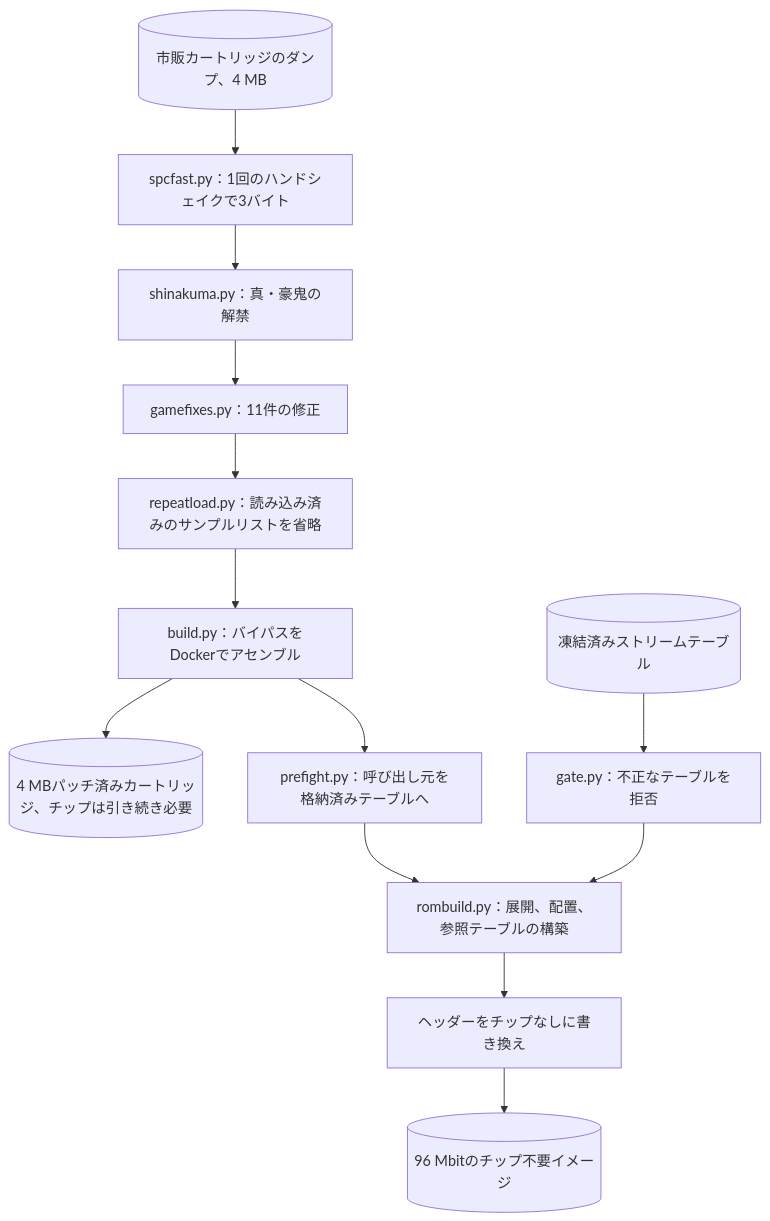
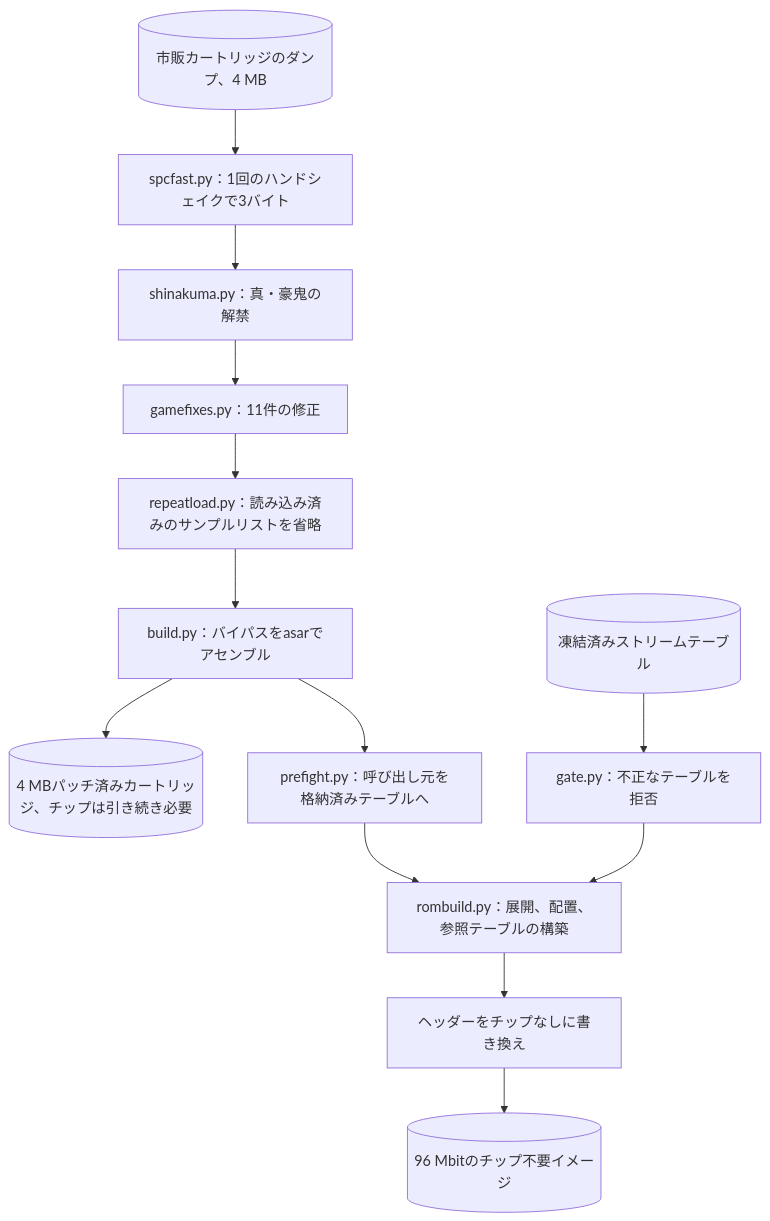
The diagram in README.ja.md (gufranco/snes-street-fighter-alpha-2-nochip), drawn with Mermaid before and after one commit. The commit also changed other lines of this file and 41 other files, not shown here.

````diff
--- a/README.ja.md
+++ b/README.ja.md
@@ -380,15 +378,15 @@
 ```mermaid
 graph TD
     dump[("市販カートリッジのダンプ、4 MB")] --> spcfast["spcfast.py：1回のハンドシェイクで3バイト"]
     spcfast --> shinakuma["shinakuma.py：真・豪鬼の解禁"]
     shinakuma --> gamefixes["gamefixes.py：11件の修正"]
     gamefixes --> repeatload["repeatload.py：読み込み済みのサンプルリストを省略"]
-    repeatload --> bypass["build.py：バイパスをDockerでアセンブル"]
+    repeatload --> bypass["build.py：バイパスをasarでアセンブル"]
     bypass --> cart[("4 MBパッチ済みカートリッジ、チップは引き続き必要")]
     bypass --> prefight["prefight.py：呼び出し元を格納済みテーブルへ"]
     tables[("凍結済みストリームテーブル")] --> gate["gate.py：不正なテーブルを拒否"]
     gate --> rombuild
     prefight --> rombuild["rombuild.py：展開、配置、参照テーブルの構築"]
     rombuild --> header["ヘッダーをチップなしに書き換え"]
     header --> image[("96 Mbitのチップ不要イメージ")]
 ```
````
